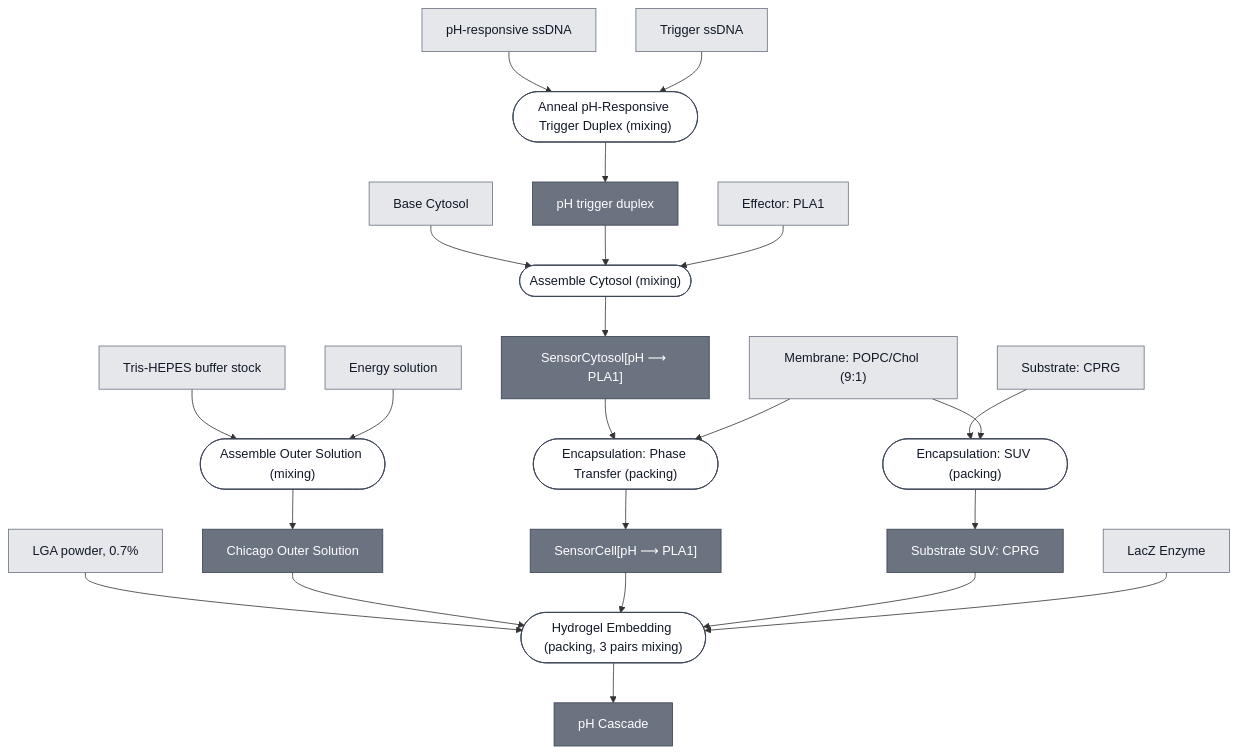
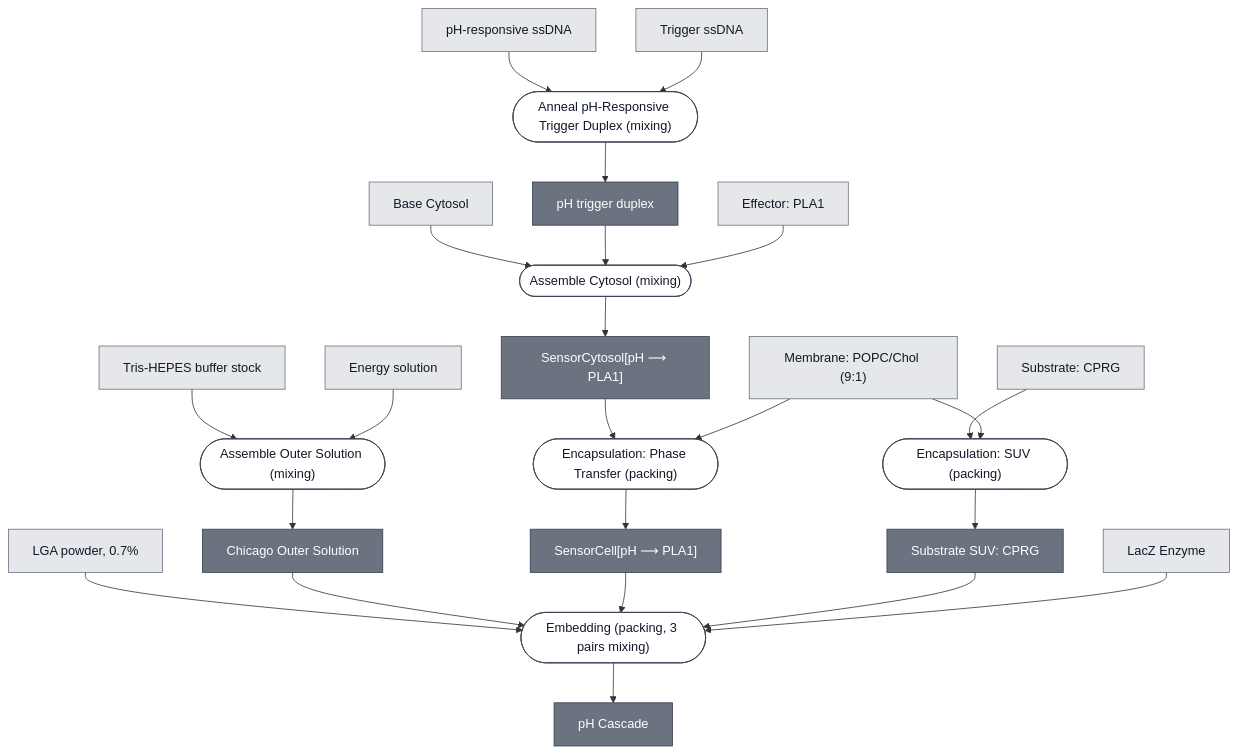
One commit to nucleus-eng/nucleus-docs changed the diagram in docs/modules/ph-cascade/spec.md. Above: the diagram before and after it, drawn with Mermaid. The commit also changed other lines of this file and 42 other files, not shown here.

First line of the commit message:
All five embedding routes become Embedding: X, and Embed: was my outlier

````diff
--- a/docs/modules/ph-cascade/spec.md
+++ b/docs/modules/ph-cascade/spec.md
@@ -35,81 +35,81 @@
 ```mermaid
 flowchart TD
     BASE_CYTOSOL["Base Cytosol"]
     PH_RESPONSIVE_SSDNA["pH-responsive ssDNA"]
     TRIGGER_SSDNA["Trigger ssDNA"]
     EFFECTOR_PLA1["Effector: PLA1"]
     MEMBRANE_CHICAGO["Membrane: POPC/Chol (9:1)"]
     SUBSTRATE_CPRG["Substrate: CPRG"]
     REPORTER_LACZ_ENZYME["LacZ Enzyme"]
     LGA_POWDER["LGA powder, 0.7%"]
     TRIS_HEPES_STOCK["Tris-HEPES buffer stock"]
     ENERGY_SOLUTION["Energy solution"]
 
     P1_ASSEMBLE_OUTER_SOLUTION_0(["Assemble Outer Solution (mixing)"])
     OUTER_SOLUTION_CHICAGO["Chicago Outer Solution"]
     P2_ANNEAL_TRIGGER_DUPLEX_0(["Anneal pH-Responsive Trigger Duplex (mixing)"])
     PH_TRIGGER_DUPLEX["pH trigger duplex"]
     P3_ASSEMBLE_CYTOSOL_0(["Assemble Cytosol (mixing)"])
     PH_SENSOR_CYTOSOL["SensorCytosol[pH ⟶ PLA1]"]
     P4_ENCAPSULATE_0(["Encapsulation: Phase Transfer (packing)"])
     PH_SENSING_CELL["SensorCell[pH ⟶ PLA1]"]
     P5_ENCAPSULATE_SUBSTRATE_SUV_0(["Encapsulation: SUV (packing)"])
     SUBSTRATE_CPRG_SUV["Substrate SUV: CPRG"]
-    P6_EMBED_AGAROSE_0(["Hydrogel Embedding (packing, 3 pairs mixing)"])
+    P6_EMBED_AGAROSE_0(["Embedding (packing, 3 pairs mixing)"])
     PH_CASCADE["pH Cascade"]
 
     TRIS_HEPES_STOCK --> P1_ASSEMBLE_OUTER_SOLUTION_0
     ENERGY_SOLUTION --> P1_ASSEMBLE_OUTER_SOLUTION_0
     P1_ASSEMBLE_OUTER_SOLUTION_0 --> OUTER_SOLUTION_CHICAGO
 
     PH_RESPONSIVE_SSDNA --> P2_ANNEAL_TRIGGER_DUPLEX_0
     TRIGGER_SSDNA --> P2_ANNEAL_TRIGGER_DUPLEX_0
     P2_ANNEAL_TRIGGER_DUPLEX_0 --> PH_TRIGGER_DUPLEX
 
     BASE_CYTOSOL --> P3_ASSEMBLE_CYTOSOL_0
     PH_TRIGGER_DUPLEX --> P3_ASSEMBLE_CYTOSOL_0
     EFFECTOR_PLA1 --> P3_ASSEMBLE_CYTOSOL_0
     P3_ASSEMBLE_CYTOSOL_0 --> PH_SENSOR_CYTOSOL
 
     PH_SENSOR_CYTOSOL --> P4_ENCAPSULATE_0
     MEMBRANE_CHICAGO --> P4_ENCAPSULATE_0
     P4_ENCAPSULATE_0 --> PH_SENSING_CELL
 
     SUBSTRATE_CPRG --> P5_ENCAPSULATE_SUBSTRATE_SUV_0
     MEMBRANE_CHICAGO --> P5_ENCAPSULATE_SUBSTRATE_SUV_0
     P5_ENCAPSULATE_SUBSTRATE_SUV_0 --> SUBSTRATE_CPRG_SUV
 
     LGA_POWDER --> P6_EMBED_AGAROSE_0
     OUTER_SOLUTION_CHICAGO --> P6_EMBED_AGAROSE_0
     PH_SENSING_CELL --> P6_EMBED_AGAROSE_0
     SUBSTRATE_CPRG_SUV --> P6_EMBED_AGAROSE_0
     REPORTER_LACZ_ENZYME --> P6_EMBED_AGAROSE_0
     P6_EMBED_AGAROSE_0 --> PH_CASCADE
 
 
     classDef leaf     fill:#e5e7eb,stroke:#6b7280,color:#111827;
     classDef composed fill:#6b7280,stroke:#374151,color:#ffffff;
     classDef process  fill:#ffffff,stroke:#374151,color:#111827;
     class BASE_CYTOSOL,PH_RESPONSIVE_SSDNA,TRIGGER_SSDNA,EFFECTOR_PLA1,MEMBRANE_CHICAGO,SUBSTRATE_CPRG,REPORTER_LACZ_ENZYME,LGA_POWDER,TRIS_HEPES_STOCK,ENERGY_SOLUTION leaf;
     class OUTER_SOLUTION_CHICAGO,PH_TRIGGER_DUPLEX,PH_SENSOR_CYTOSOL,PH_SENSING_CELL,SUBSTRATE_CPRG_SUV,PH_CASCADE composed;
     class P1_ASSEMBLE_OUTER_SOLUTION_0,P2_ANNEAL_TRIGGER_DUPLEX_0,P3_ASSEMBLE_CYTOSOL_0,P4_ENCAPSULATE_0,P5_ENCAPSULATE_SUBSTRATE_SUV_0,P6_EMBED_AGAROSE_0 process;
 
     click BASE_CYTOSOL "/docs/modules/base-cytosol/spec"
     click EFFECTOR_PLA1 "/docs/modules/effector-pla1/spec"
     click MEMBRANE_CHICAGO "/docs/modules/membrane-popc-chol-chicago/spec"
     click SUBSTRATE_CPRG "/docs/modules/substrate-cprg/spec"
     click REPORTER_LACZ_ENZYME "/docs/modules/reporter-lacz-enzyme/spec"
     click LGA_POWDER "/docs/modules/gel-lga/spec"
     click P1_ASSEMBLE_OUTER_SOLUTION_0 "/docs/processes/assemble-outer-solution/main"
     click OUTER_SOLUTION_CHICAGO "/docs/modules/outer-solution-chicago/spec"
     click P2_ANNEAL_TRIGGER_DUPLEX_0 "/docs/processes/anneal-ph-trigger-duplex/main"
     click PH_TRIGGER_DUPLEX "/docs/modules/detector-ph/spec"
     click P3_ASSEMBLE_CYTOSOL_0 "/docs/processes/assemble-cytosol/assemble-cytosol-main"
     click PH_SENSOR_CYTOSOL "/docs/modules/ph-sensor-cytosol/spec"
     click P4_ENCAPSULATE_0 "/docs/processes/assemble-base-cell/main"
     click PH_SENSING_CELL "/docs/modules/ph-sensing-cell/spec"
     click P5_ENCAPSULATE_SUBSTRATE_SUV_0 "/docs/processes/encapsulate-suv/main"
     click SUBSTRATE_CPRG_SUV "/docs/modules/substrate-cprg-suv/spec"
     click P6_EMBED_AGAROSE_0 "/docs/processes/embed-hydrogel/main"
     click PH_CASCADE "/docs/modules/ph-cascade/spec"
 ```
````
